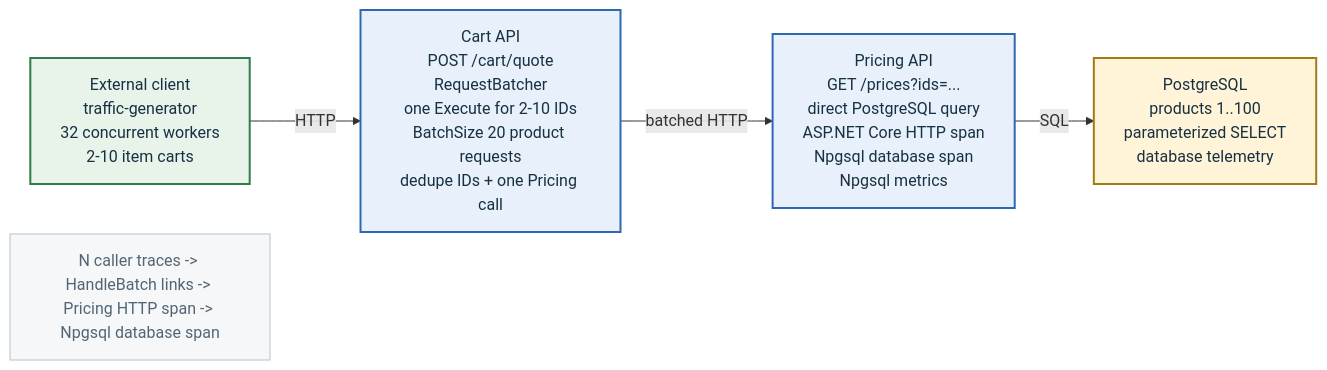
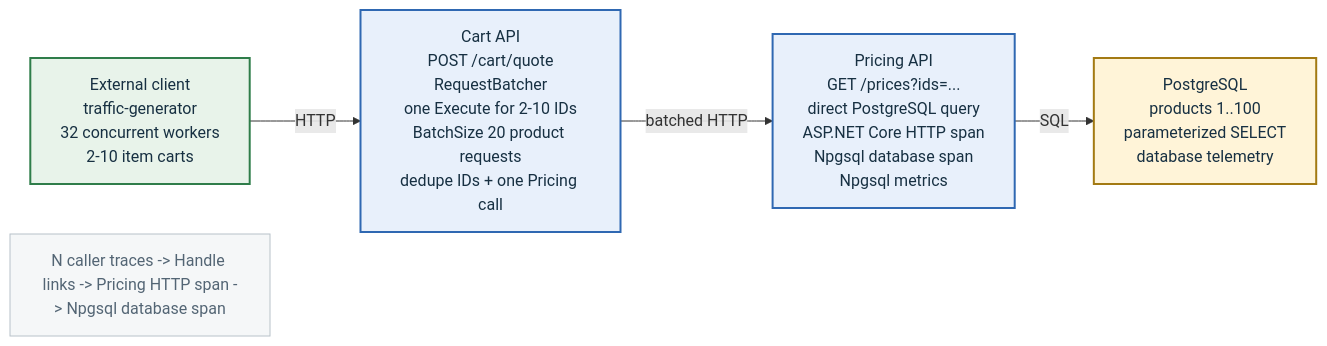
Before and after one commit to eventhorizon-cli/RequestBatcher: the diagram in samples/RequestBatcher.Observability/business-flow.mmd, drawn with Mermaid. The commit also changed 86 other files, not shown here.

```diff
--- a/samples/RequestBatcher.Observability/business-flow.mmd
+++ b/samples/RequestBatcher.Observability/business-flow.mmd
@@ -1,20 +1,20 @@
 flowchart LR
     client["External client<br/>traffic-generator<br/>32 concurrent workers<br/>2-10 item carts"]
     cart["Cart API<br/>POST /cart/quote<br/>RequestBatcher<br/>one Execute for 2-10 IDs<br/>BatchSize 20 product requests<br/>dedupe IDs + one Pricing call"]
     pricing["Pricing API<br/>GET /prices?ids=...<br/>direct PostgreSQL query<br/>ASP.NET Core HTTP span<br/>Npgsql database span<br/>Npgsql metrics"]
     postgres["PostgreSQL<br/>products 1..100<br/>parameterized SELECT<br/>database telemetry"]
 
     client -->|HTTP| cart
     cart -->|batched HTTP| pricing
     pricing -->|SQL| postgres
 
-    flow["N caller traces -> HandleBatch links -> Pricing HTTP span -> Npgsql database span"]
+    flow["N caller traces -> Handle links -> Pricing HTTP span -> Npgsql database span"]
 
     classDef clientStyle fill:#e8f3ea,stroke:#2f7d4a,stroke-width:2px,color:#173042
     classDef apiStyle fill:#e8f0fb,stroke:#2f68b2,stroke-width:2px,color:#173042
     classDef dataStyle fill:#fff4d8,stroke:#a37a13,stroke-width:2px,color:#173042
     classDef noteStyle fill:#f5f7f8,stroke:#b8c2c9,color:#536574
     class client clientStyle
     class cart,pricing apiStyle
     class postgres dataStyle
     class flow noteStyle
```
